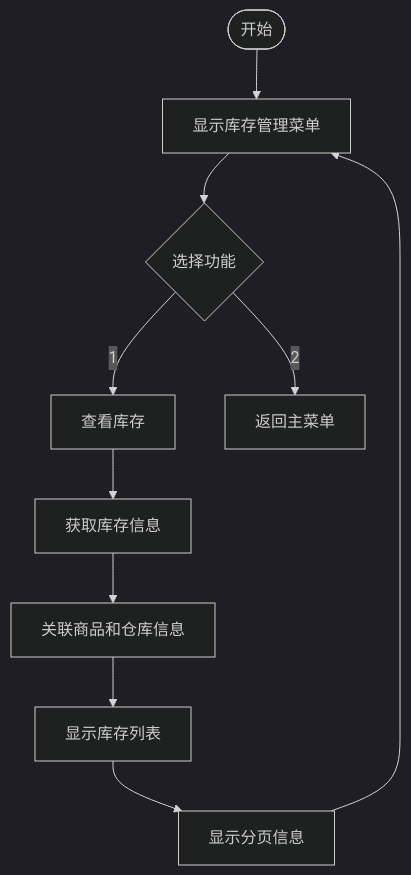
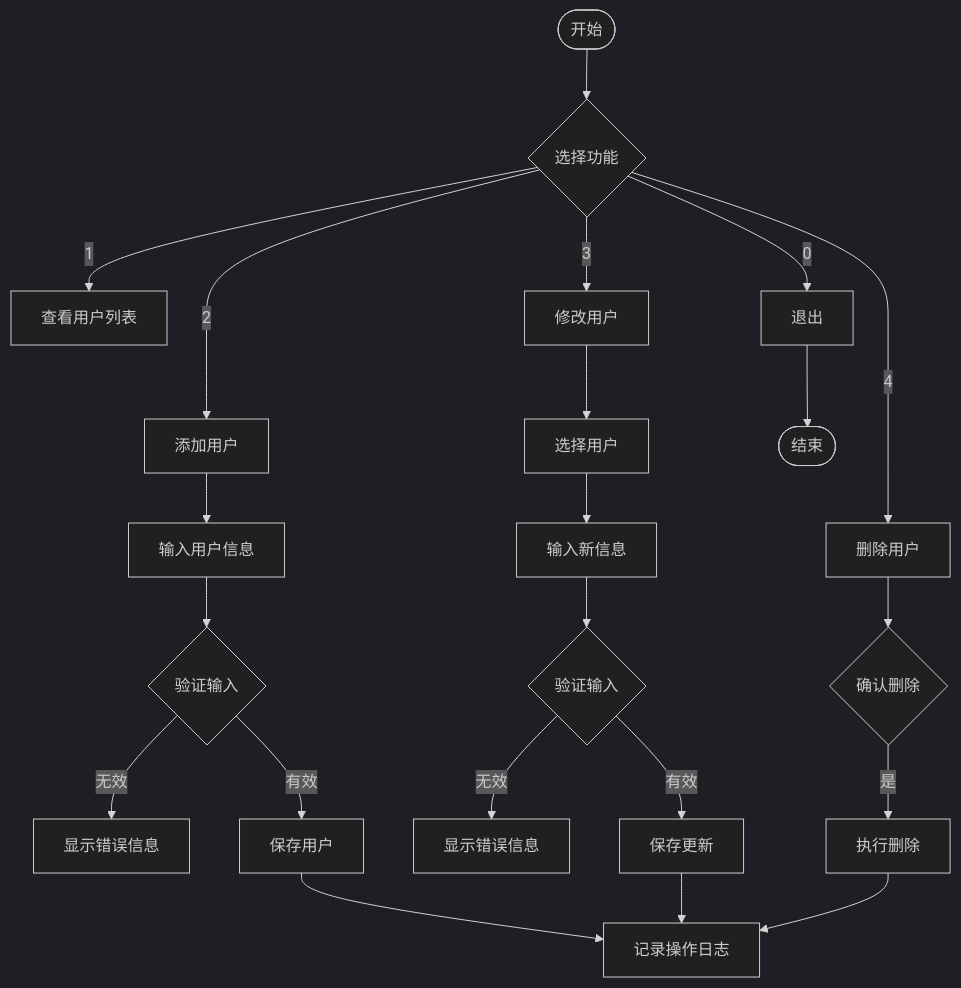
One commit to smystrive/iodraw-files changed the diagram in all/未命名-1.md. Above: the diagram before and after it, drawn with Mermaid (dark theme).

Commit message:
2025-01-02 15:23:33 update

````diff
--- a/all/未命名-1.md
+++ b/all/未命名-1.md
@@ -1,14 +1,31 @@
 ```mermaid
 flowchart TD
-    Start([开始]) --> ShowMenu[显示库存管理菜单]
-    ShowMenu --> SelectFunction{选择功能}
+    Start([开始]) --> SelectFunction{选择功能}
     
-    SelectFunction -->|1| ViewInventory[查看库存]
-    SelectFunction -->|2| ReturnMain[返回主菜单]
+    SelectFunction -->|1| UserList[查看用户列表]
+    SelectFunction -->|2| AddUser[添加用户]
+    SelectFunction -->|3| UpdateUser[修改用户]
+    SelectFunction -->|4| DeleteUser[删除用户]
+    SelectFunction -->|0| Exit[退出]
     
-    ViewInventory --> GetInventory[获取库存信息]
-    GetInventory --> JoinTables[关联商品和仓库信息]
-    JoinTables --> DisplayInventory[显示库存列表]
-    DisplayInventory --> ShowPagination[显示分页信息]
-    ShowPagination --> ShowMenu 
+    AddUser --> InputUserInfo[输入用户信息]
+    InputUserInfo --> ValidateInput{验证输入}
+    ValidateInput -->|无效| ShowInputError[显示错误信息]
+    ValidateInput -->|有效| SaveUser[保存用户]
+    SaveUser --> LogOperation[记录操作日志]
+    
+    UpdateUser --> SelectUser[选择用户]
+    SelectUser --> InputNewInfo[输入新信息]
+    InputNewInfo --> ValidateNewInput{验证输入}
+    ValidateNewInput -->|无效| ShowUpdateError[显示错误信息]
+    ValidateNewInput -->|有效| SaveUpdate[保存更新]
+    SaveUpdate --> LogOperation
+    
+    DeleteUser --> ConfirmDelete{确认删除}
+
+    ConfirmDelete -->|是| ExecuteDelete[执行删除]
+    ExecuteDelete --> LogOperation
+    
+
+    Exit --> End([结束]) 
 ```
````
